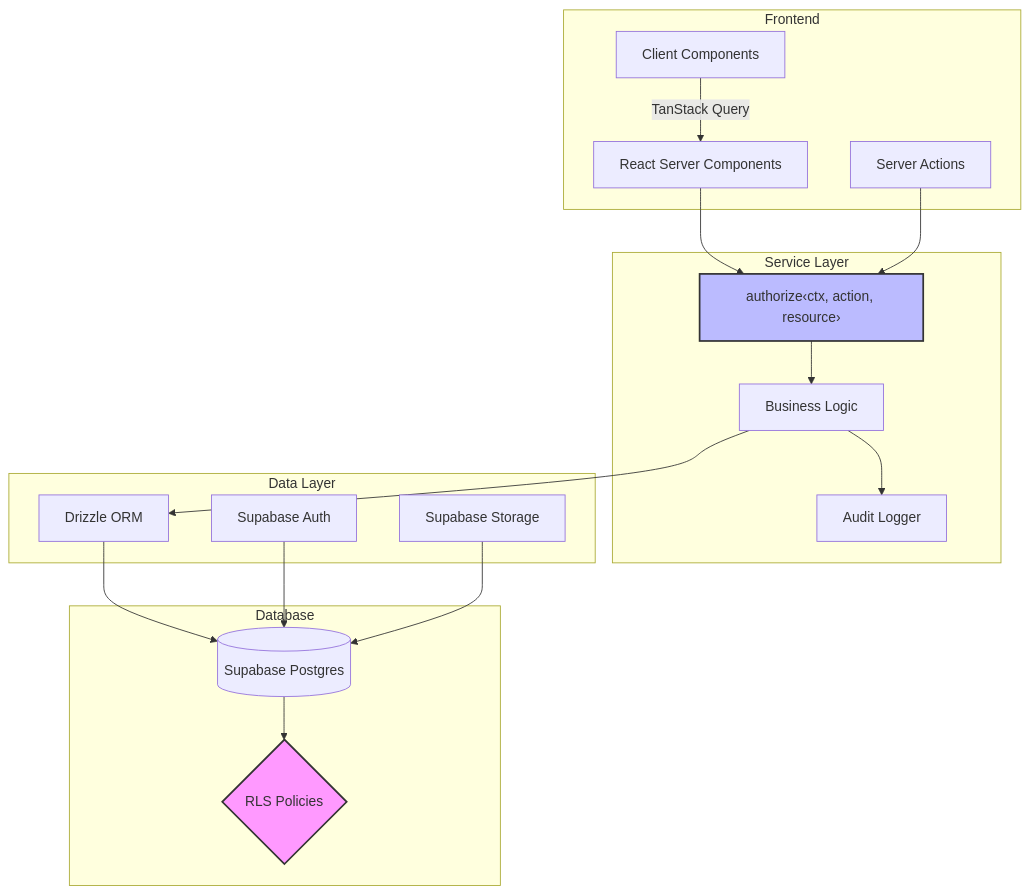
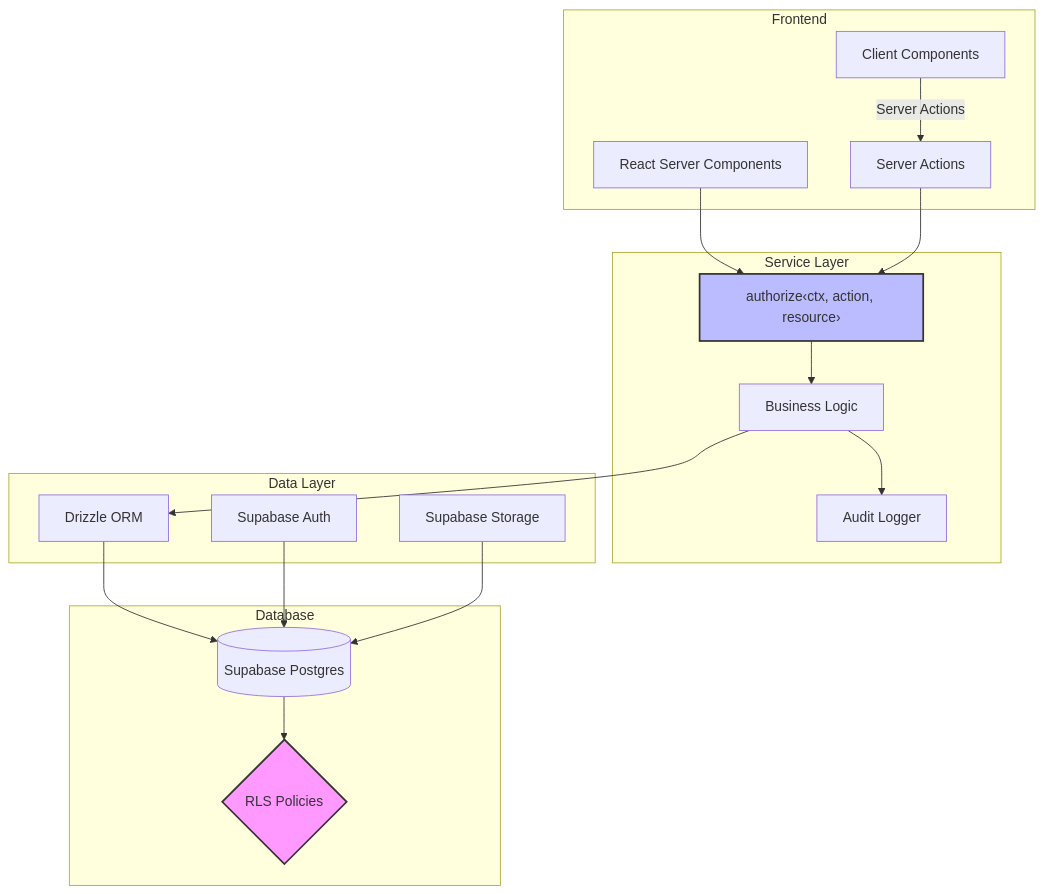
One commit to TakuyaMiyashita/fondra-hr changed the diagram in README.md. Above: the diagram before and after it, drawn with Mermaid. The commit also changed other lines of this file and 1 other file, not shown here.

First line of the commit message:
docs: README と layered-architecture の実態との不一致を修正

````diff
--- a/README.md
+++ b/README.md
@@ -7,39 +7,39 @@
 ```mermaid
 graph TB
     subgraph "Frontend"
         RSC[React Server Components]
         SA[Server Actions]
         CC[Client Components]
     end
 
     subgraph "Service Layer"
         AUTH[authorize‹ctx, action, resource›]
         BIZ[Business Logic]
         AUDIT[Audit Logger]
     end
 
     subgraph "Data Layer"
         DRIZZLE[Drizzle ORM]
         SB_AUTH[Supabase Auth]
         SB_STORAGE[Supabase Storage]
     end
 
     subgraph "Database"
         PG[(Supabase Postgres)]
         RLS{RLS Policies}
     end
 
     RSC --> AUTH
     SA --> AUTH
-    CC -->|TanStack Query| RSC
+    CC -->|Server Actions| SA
     AUTH --> BIZ
     BIZ --> DRIZZLE
     BIZ --> AUDIT
     DRIZZLE --> PG
     PG --> RLS
     SB_AUTH --> PG
     SB_STORAGE --> PG
 
     style RLS fill:#f9f,stroke:#333,stroke-width:2px
     style AUTH fill:#bbf,stroke:#333,stroke-width:2px
 ```
````
